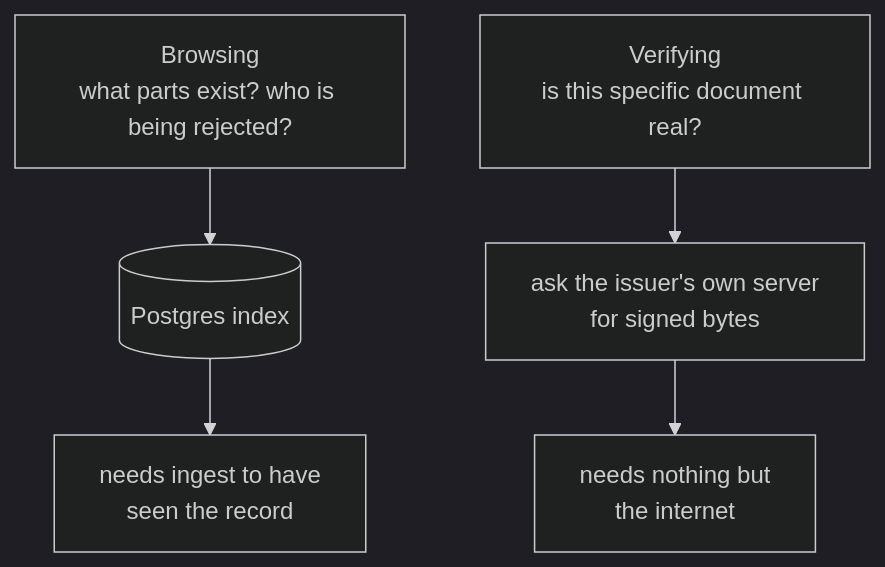
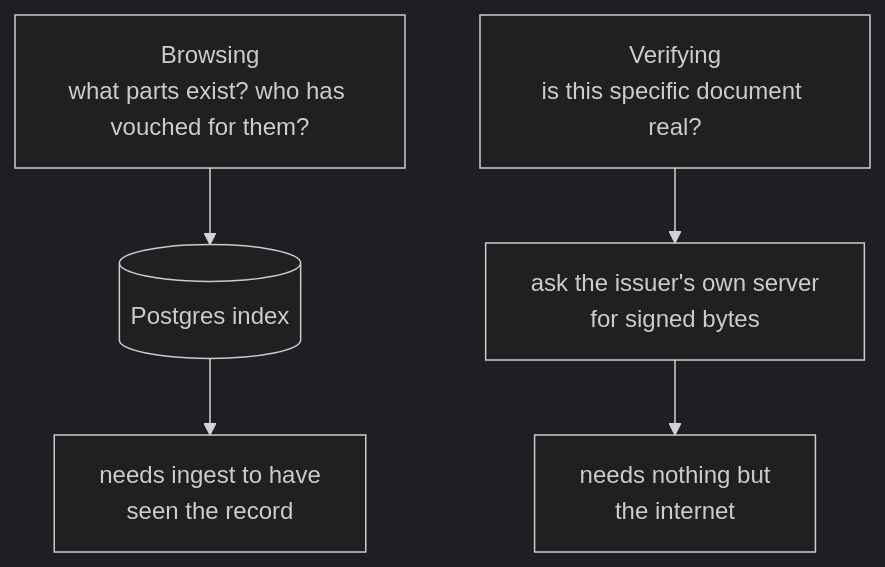
One commit to cldixon/f8130-tracker changed the second of 3 diagrams in README.md. Above: the diagram before and after it, drawn with Mermaid (dark theme). The commit also changed other lines of this file and 3 other files, not shown here.

````diff
--- a/README.md
+++ b/README.md
@@ -85,8 +157,8 @@
 ```mermaid
 flowchart TB
-    Q1["Browsing<br/>what parts exist? who is being rejected?"]
+    Q1["Browsing<br/>what parts exist? who has vouched for them?"]
     Q2["Verifying<br/>is this specific document real?"]
 
     Q1 --> PG[("Postgres index")] --> A1["needs ingest to have<br/>seen the record"]
     Q2 --> X["ask the issuer's own server<br/>for signed bytes"] --> A2["needs nothing but<br/>the internet"]
 ```
````
